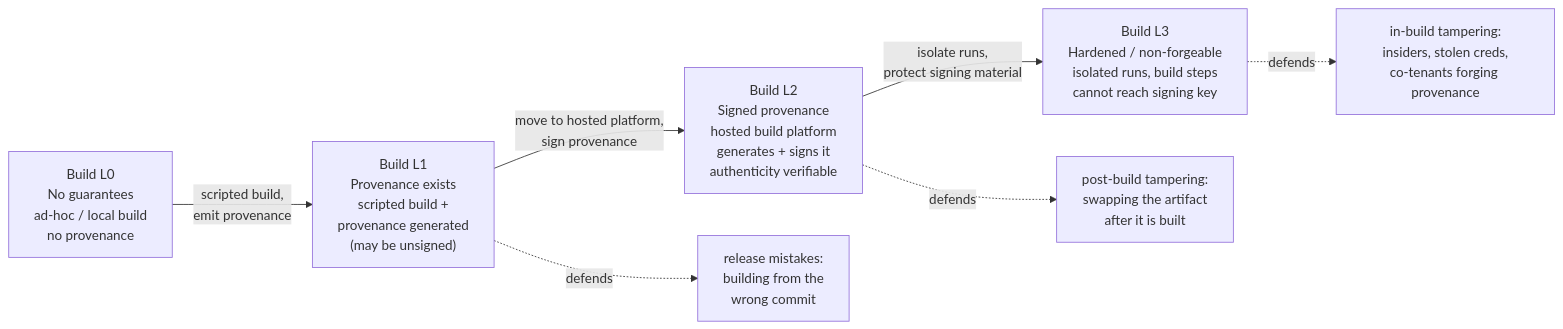
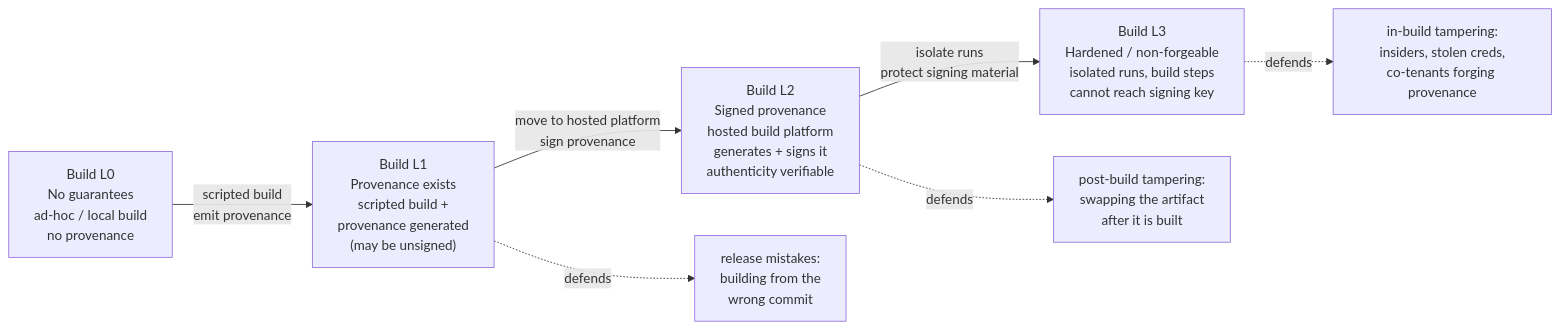
Before and after one commit to bumbsclaw/textbooks: the second of 8 diagrams in book-01-foundations/ch07-frameworks-overview.md, drawn with Mermaid. The commit also changed other lines of this file and 173 other files, not shown here.

First line of the commit message:
fix(mermaid): close note brackets, semicolons in Notes, stateDiagram br -> dash, edge parens

````diff
--- a/book-01-foundations/ch07-frameworks-overview.md
+++ b/book-01-foundations/ch07-frameworks-overview.md
@@ -171,15 +171,15 @@
 ```mermaid
 flowchart LR
     L0["Build L0<br/>No guarantees<br/>ad-hoc / local build<br/>no provenance"]
     L1["Build L1<br/>Provenance exists<br/>scripted build +<br/>provenance generated<br/>(may be unsigned)"]
     L2["Build L2<br/>Signed provenance<br/>hosted build platform<br/>generates + signs it<br/>authenticity verifiable"]
     L3["Build L3<br/>Hardened / non-forgeable<br/>isolated runs, build steps<br/>cannot reach signing key"]
 
-    L0 -->|"scripted build,<br/>emit provenance"| L1
-    L1 -->|"move to hosted platform,<br/>sign provenance"| L2
-    L2 -->|"isolate runs,<br/>protect signing material"| L3
+    L0 -->|"scripted build <br >emit provenance"| L1
+    L1 -->|"move to hosted platform <br >sign provenance"| L2
+    L2 -->|"isolate runs <br >protect signing material"| L3
 
     L1 -.defends.-> D1["release mistakes:<br/>building from the<br/>wrong commit"]
     L2 -.defends.-> D2["post-build tampering:<br/>swapping the artifact<br/>after it is built"]
     L3 -.defends.-> D3["in-build tampering:<br/>insiders, stolen creds,<br/>co-tenants forging provenance"]
 ```
````
